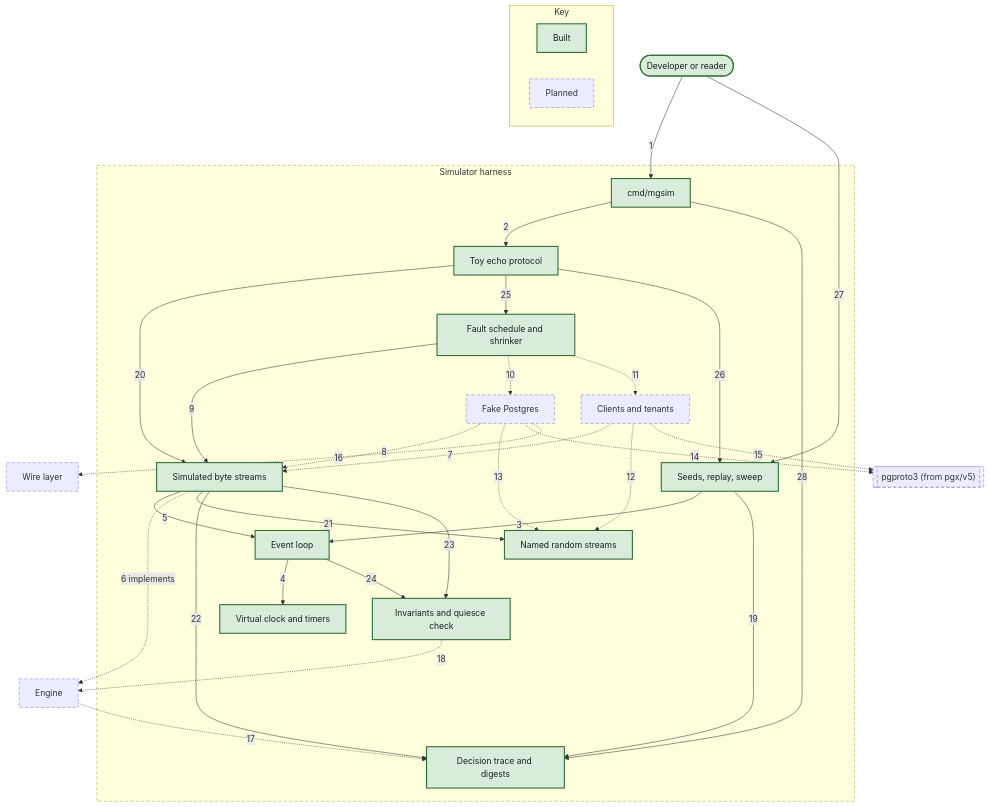
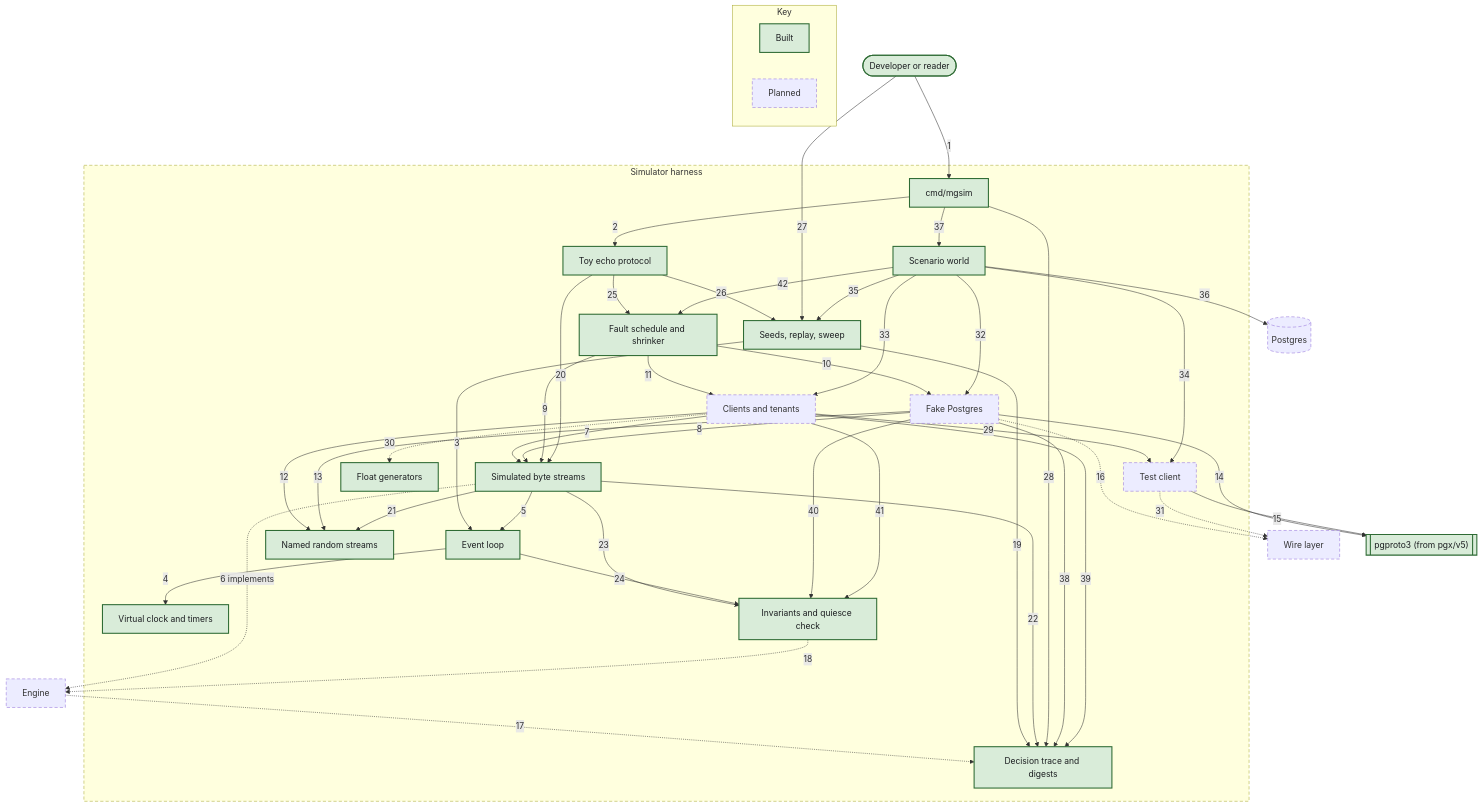
The diagram in docs/c4/diagrams/11-component-simulator.mmd (nickstrad/mini-gateway), drawn with Mermaid before and after one commit. The commit also changed 18 other files, not shown here.

First line of the commit message:
c4: mark what chunk 2 built and bring the simulator diagrams up to date

```diff
--- a/docs/c4/diagrams/11-component-simulator.mmd
+++ b/docs/c4/diagrams/11-component-simulator.mmd
@@ -1,54 +1,72 @@
 flowchart TB
   DEVELOPER(["Developer or reader"]):::built
   N_ENGINE["Engine"]:::planned
   N_PGWIRE["Wire layer"]:::planned
-  PGPROTO3[["pgproto3 (from pgx/v5)"]]:::planned
+  PGPROTO3[["pgproto3 (from pgx/v5)"]]:::built
+  PG[("Postgres")]:::planned
   subgraph SCOPE["Simulator harness"]
     S_LOOP["Event loop"]:::built
     S_CLOCK["Virtual clock and timers"]:::built
     S_STREAMS["Named random streams"]:::built
     S_NET["Simulated byte streams"]:::built
     S_FAKEPG["Fake Postgres"]:::planned
     S_WORKLOAD["Clients and tenants"]:::planned
+    S_TESTCLIENT["Test client"]:::planned
+    S_RANDDIST["Float generators"]:::built
+    S_WORLD["Scenario world"]:::built
     S_FAULTS["Fault schedule and shrinker"]:::built
     S_TRACE["Decision trace and digests"]:::built
     S_INV["Invariants and quiesce check"]:::built
     S_SIMTEST["Seeds, replay, sweep"]:::built
     S_CLI["cmd/mgsim"]:::built
     S_TOY["Toy echo protocol"]:::built
   end
   DEVELOPER -->|1| S_CLI
   S_CLI -->|2| S_TOY
   S_SIMTEST -->|3| S_LOOP
   S_LOOP -->|4| S_CLOCK
   S_NET -->|5| S_LOOP
   S_NET -.->|6 implements| N_ENGINE
-  S_WORKLOAD -.->|7| S_NET
-  S_FAKEPG -.->|8| S_NET
+  S_WORKLOAD -->|7| S_NET
+  S_FAKEPG -->|8| S_NET
   S_FAULTS -->|9| S_NET
-  S_FAULTS -.->|10| S_FAKEPG
-  S_FAULTS -.->|11| S_WORKLOAD
-  S_WORKLOAD -.->|12| S_STREAMS
-  S_FAKEPG -.->|13| S_STREAMS
-  S_FAKEPG -.->|14| PGPROTO3
-  S_WORKLOAD -.->|15| PGPROTO3
+  S_FAULTS -->|10| S_FAKEPG
+  S_FAULTS -->|11| S_WORKLOAD
+  S_WORKLOAD -->|12| S_STREAMS
+  S_FAKEPG -->|13| S_STREAMS
+  S_FAKEPG -->|14| PGPROTO3
+  S_TESTCLIENT -->|15| PGPROTO3
   S_FAKEPG -.->|16| N_PGWIRE
   N_ENGINE -.->|17| S_TRACE
   S_INV -.->|18| N_ENGINE
   S_SIMTEST -->|19| S_TRACE
   S_TOY -->|20| S_NET
   S_NET -->|21| S_STREAMS
   S_NET -->|22| S_TRACE
   S_NET -->|23| S_INV
   S_LOOP -->|24| S_INV
   S_TOY -->|25| S_FAULTS
   S_TOY -->|26| S_SIMTEST
   DEVELOPER -->|27| S_SIMTEST
   S_CLI -->|28| S_TRACE
+  S_WORKLOAD -->|29| S_TESTCLIENT
+  S_WORKLOAD -.->|30| S_RANDDIST
+  S_TESTCLIENT -.->|31| N_PGWIRE
+  S_WORLD -->|32| S_FAKEPG
+  S_WORLD -->|33| S_WORKLOAD
+  S_WORLD -->|34| S_TESTCLIENT
+  S_WORLD -->|35| S_SIMTEST
+  S_WORLD -->|36| PG
+  S_CLI -->|37| S_WORLD
+  S_FAKEPG -->|38| S_TRACE
+  S_WORKLOAD -->|39| S_TRACE
+  S_FAKEPG -->|40| S_INV
+  S_WORKLOAD -->|41| S_INV
+  S_WORLD -->|42| S_FAULTS
   subgraph KEY["Key"]
     KEY_BUILT["Built"]:::built
     KEY_PLANNED["Planned"]:::planned
   end
   classDef built fill:#d9ecd9,stroke:#2e6b34,stroke-width:2px,color:#1c1e21
   classDef planned stroke-width:1px,stroke-dasharray:6 4
   style SCOPE stroke-dasharray:6 4
```
